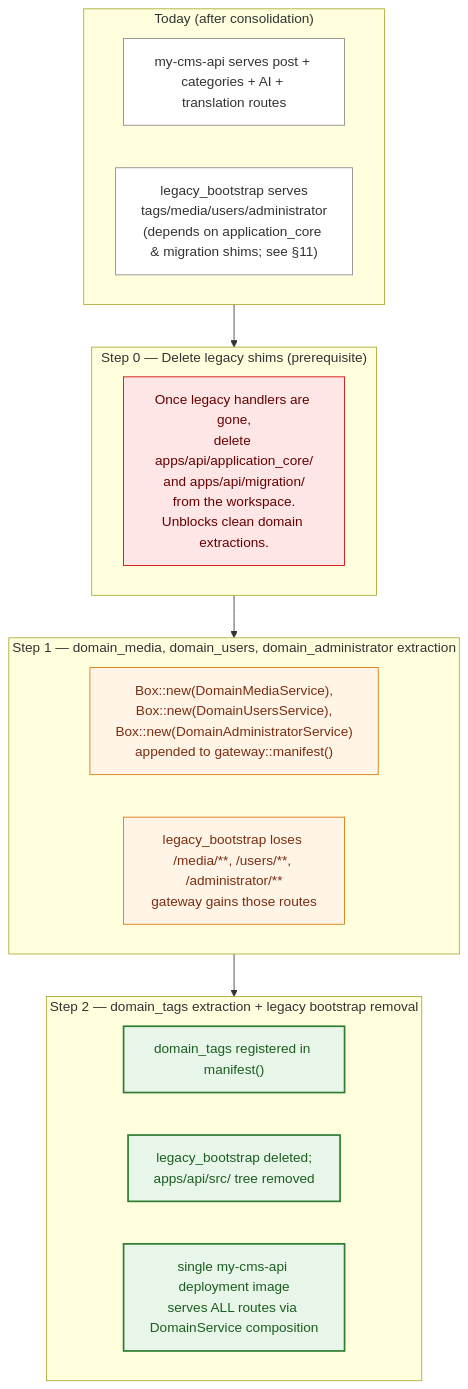
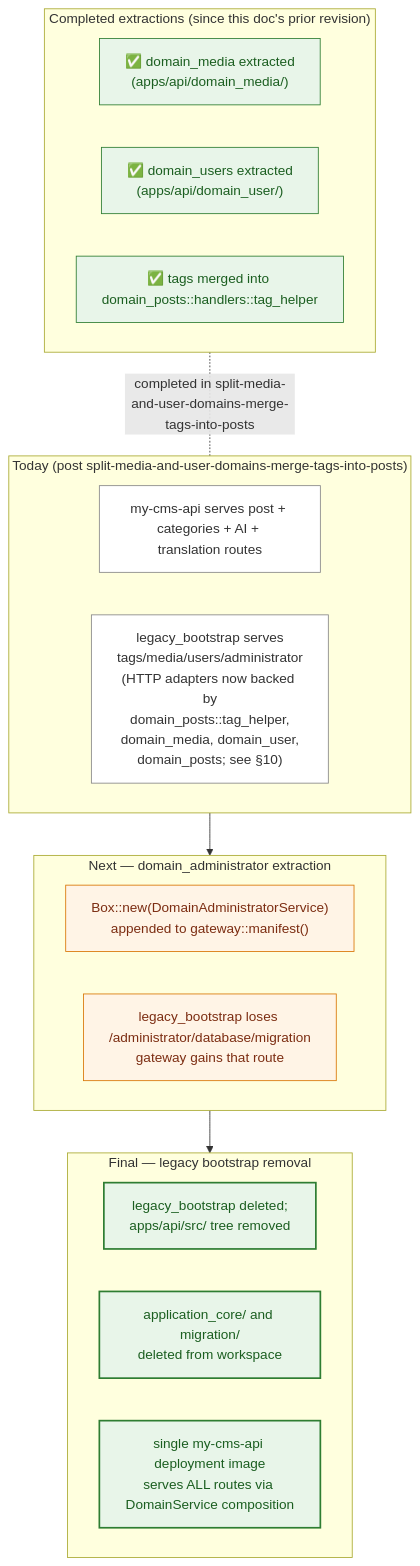
Before and after one commit to doitsu2014/my-cms: the tenth of 10 diagrams in docs/api-architecture.md, drawn with Mermaid. The commit also changed other lines of this file and 146 other files, not shown here.

First line of the commit message:
feat: reorganize media and user domains, merge tags into posts

````diff
--- a/docs/api-architecture.md
+++ b/docs/api-architecture.md
@@ -517,34 +530,38 @@
 ```mermaid
 graph TB
-    subgraph now["Today (after consolidation)"]
+    subgraph now["Today (post split-media-and-user-domains-merge-tags-into-posts)"]
         N1["my-cms-api serves post + categories + AI + translation routes"]
-        N2["legacy_bootstrap serves<br/>tags/media/users/administrator<br/>(depends on application_core & migration shims; see §11)"]
+        N2["legacy_bootstrap serves<br/>tags/media/users/administrator<br/>(HTTP adapters now backed by<br/>domain_posts::tag_helper,<br/>domain_media, domain_user,<br/>domain_posts; see §10)"]
     end
 
-    subgraph step0["Step 0 — Delete legacy shims (prerequisite)"]
-        S0["Once legacy handlers are gone,<br/>delete apps/api/application_core/<br/>and apps/api/migration/<br/>from the workspace.<br/>Unblocks clean domain extractions."]
+    subgraph done["Completed extractions (since this doc's prior revision)"]
+        D1["✅ domain_media extracted<br/>(apps/api/domain_media/)"]
+        D2["✅ domain_users extracted<br/>(apps/api/domain_user/)"]
+        D3["✅ tags merged into domain_posts::handlers::tag_helper"]
     end
 
-    subgraph next["Step 1 — domain_media, domain_users, domain_administrator extraction"]
-        X1["Box::new(DomainMediaService),<br/>Box::new(DomainUsersService),<br/>Box::new(DomainAdministratorService)<br/>appended to gateway::manifest()"]
-        X2["legacy_bootstrap loses /media/**, /users/**, /administrator/**<br/>gateway gains those routes"]
+    subgraph next["Next — domain_administrator extraction"]
+        X1["Box::new(DomainAdministratorService)<br/>appended to gateway::manifest()"]
+        X2["legacy_bootstrap loses /administrator/database/migration<br/>gateway gains that route"]
     end
 
-    subgraph future["Step 2 — domain_tags extraction + legacy bootstrap removal"]
-        F1["domain_tags registered in manifest()"]
-        F2["legacy_bootstrap deleted;<br/>apps/api/src/ tree removed"]
+    subgraph future["Final — legacy bootstrap removal"]
+        F1["legacy_bootstrap deleted;<br/>apps/api/src/ tree removed"]
+        F2["application_core/ and migration/<br/>deleted from workspace"]
         F3["single my-cms-api deployment image<br/>serves ALL routes via DomainService composition"]
     end
 
-    now --> step0 --> next --> future
+    now --> next
+    next --> future
+    done -. "completed in split-media-and-user-domains-merge-tags-into-posts" .- now
 
     classDef current fill:#fff,stroke:#888,stroke-width:1px
-    classDef prereq fill:#ffe6e6,stroke:#cc0000,stroke-width:1px,color:#660000
+    classDef completed fill:#e8f5e9,stroke:#2e7d32,stroke-width:1px,color:#1b5e20
     classDef nextStage fill:#fff4e6,stroke:#d97706,stroke-width:1px,color:#7c2d12
     classDef futureStage fill:#e8f5e9,stroke:#2e7d32,stroke-width:2px,color:#1b5e20
 
     class N1,N2 current
-    class S0 prereq
+    class D1,D2,D3 completed
     class X1,X2 nextStage
     class F1,F2,F3 futureStage
 ```
````
